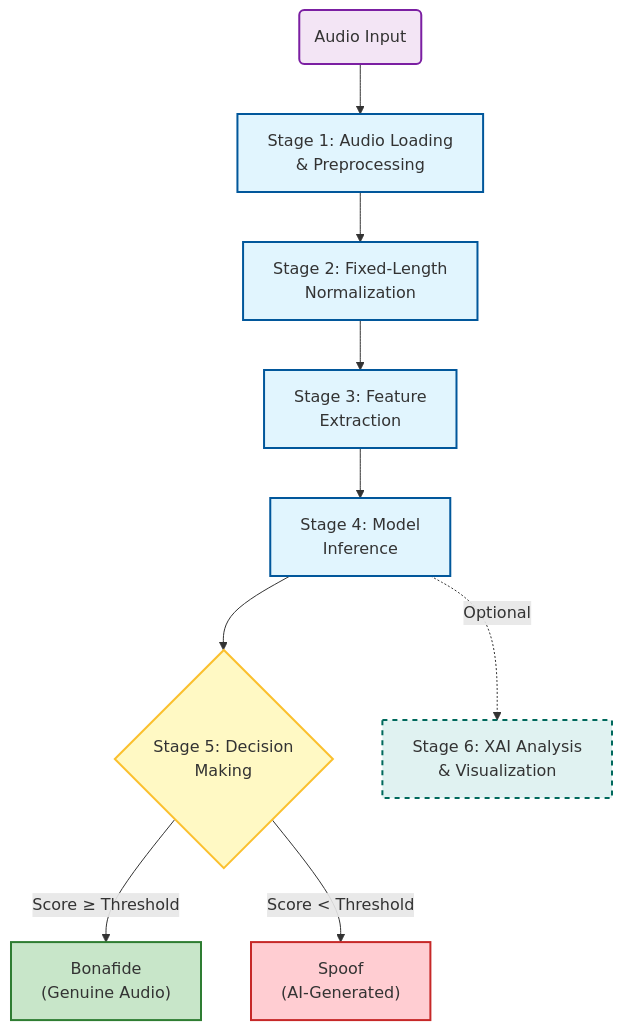
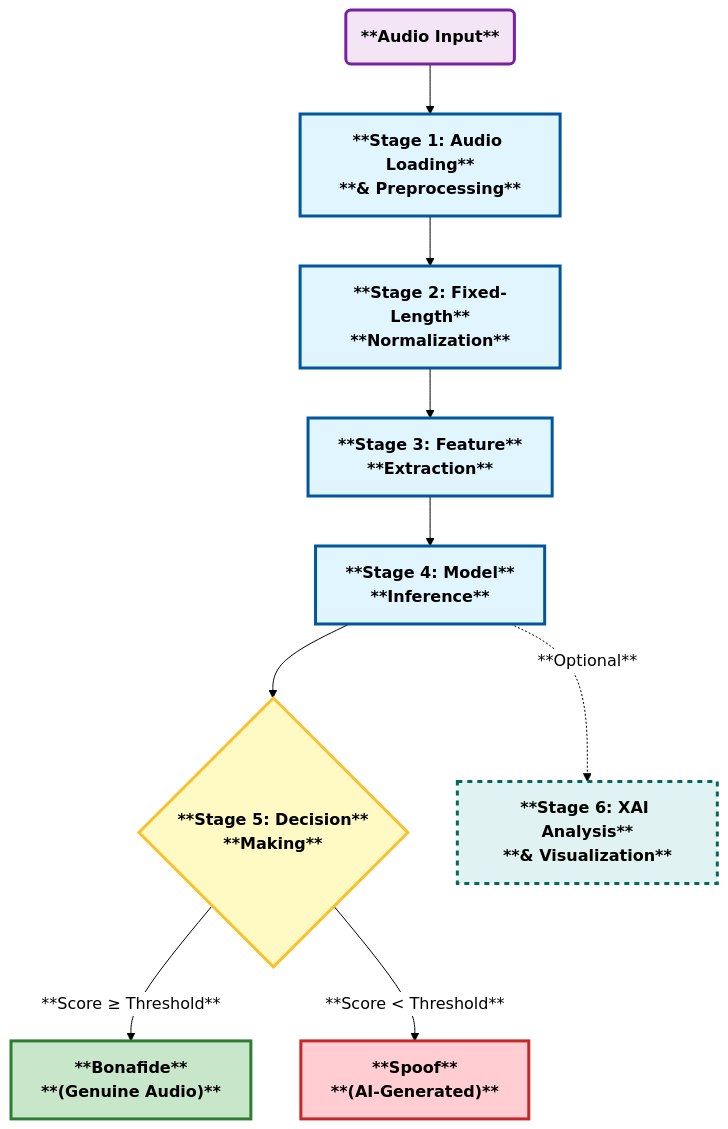
The diagram in docs/methodoloyg_part4.md (gkibria121/ai-voice-detector), drawn with Mermaid before and after one commit. The commit also changed 5 other files, not shown here.

````diff
--- a/docs/methodoloyg_part4.md
+++ b/docs/methodoloyg_part4.md
@@ -5,33 +5,34 @@
 ```mermaid
+%%{init: {'theme':'base', 'themeVariables': { 'primaryColor':'#fff', 'primaryTextColor':'#000', 'primaryBorderColor':'#000', 'lineColor':'#000', 'secondaryColor':'#fff', 'tertiaryColor':'#fff', 'clusterBkg':'#fff', 'clusterBorder':'#000', 'titleColor':'#000', 'edgeLabelBackground':'#fff', 'fontSize':'16px', 'fontFamily':'arial'}}}%%
 flowchart TD
     %% Inference Pipeline Flowchart - 6 Stages
-    classDef process fill:#e1f5fe,stroke:#01579b,stroke-width:2px
-    classDef decision fill:#fff9c4,stroke:#fbc02d,stroke-width:2px
-    classDef storage fill:#f3e5f5,stroke:#7b1fa2,stroke-width:2px
-    classDef success fill:#c8e6c9,stroke:#2e7d32,stroke-width:2px
-    classDef warning fill:#ffcdd2,stroke:#c62828,stroke-width:2px
-    classDef xai fill:#e0f2f1,stroke:#00695c,stroke-width:2px,stroke-dasharray: 5 5
+    classDef process fill:#e1f5fe,stroke:#01579b,stroke-width:3px,color:#000,font-weight:bold
+    classDef decision fill:#fff9c4,stroke:#fbc02d,stroke-width:3px,color:#000,font-weight:bold
+    classDef storage fill:#f3e5f5,stroke:#7b1fa2,stroke-width:3px,color:#000,font-weight:bold
+    classDef success fill:#c8e6c9,stroke:#2e7d32,stroke-width:3px,color:#000,font-weight:bold
+    classDef warning fill:#ffcdd2,stroke:#c62828,stroke-width:3px,color:#000,font-weight:bold
+    classDef xai fill:#e0f2f1,stroke:#00695c,stroke-width:3px,stroke-dasharray: 5 5,color:#000,font-weight:bold
 
-    Input("Audio Input"):::storage
-    Stage1["Stage 1: Audio Loading<br/>& Preprocessing"]:::process
-    Stage2["Stage 2: Fixed-Length<br/>Normalization"]:::process
-    Stage3["Stage 3: Feature<br/>Extraction"]:::process
-    Stage4["Stage 4: Model<br/>Inference"]:::process
-    Stage5{"Stage 5: Decision<br/>Making"}:::decision
+    Input("**Audio Input**"):::storage
+    Stage1["**Stage 1: Audio Loading**<br/>**& Preprocessing**"]:::process
+    Stage2["**Stage 2: Fixed-Length**<br/>**Normalization**"]:::process
+    Stage3["**Stage 3: Feature**<br/>**Extraction**"]:::process
+    Stage4["**Stage 4: Model**<br/>**Inference**"]:::process
+    Stage5{"**Stage 5: Decision**<br/>**Making**"}:::decision
 
-    Real["Bonafide<br/>(Genuine Audio)"]:::success
-    Fake["Spoof<br/>(AI-Generated)"]:::warning
+    Real["**Bonafide**<br/>**(Genuine Audio)**"]:::success
+    Fake["**Spoof**<br/>**(AI-Generated)**"]:::warning
 
-    Stage6["Stage 6: XAI Analysis<br/>& Visualization"]:::xai
+    Stage6["**Stage 6: XAI Analysis**<br/>**& Visualization**"]:::xai
 
     Input --> Stage1
     Stage1 --> Stage2
     Stage2 --> Stage3
     Stage3 --> Stage4
     Stage4 --> Stage5
 
-    Stage5 -->|Score ≥ Threshold| Real
-    Stage5 -->|Score < Threshold| Fake
+    Stage5 -->|**Score ≥ Threshold**| Real
+    Stage5 -->|**Score < Threshold**| Fake
 
-    Stage4 -.->|Optional| Stage6
+    Stage4 -.->|**Optional**| Stage6
 ```
````
